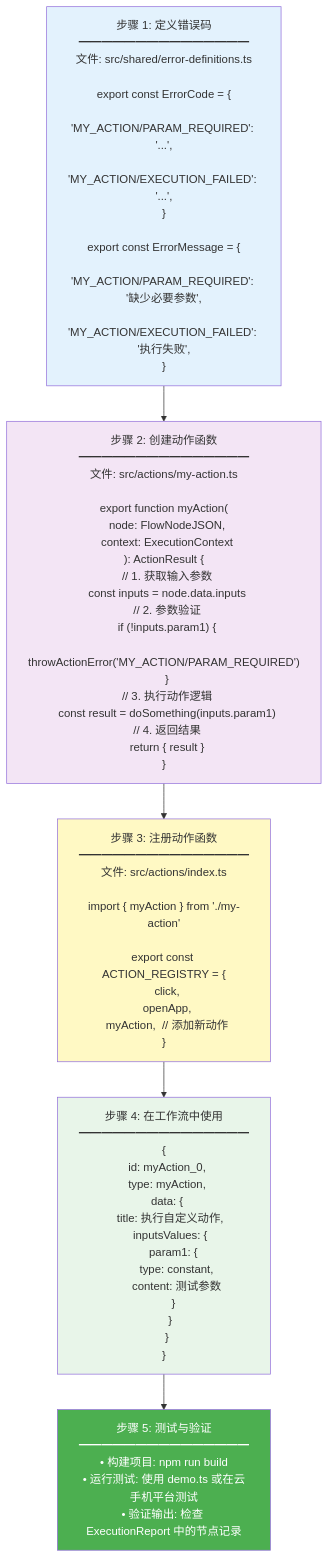
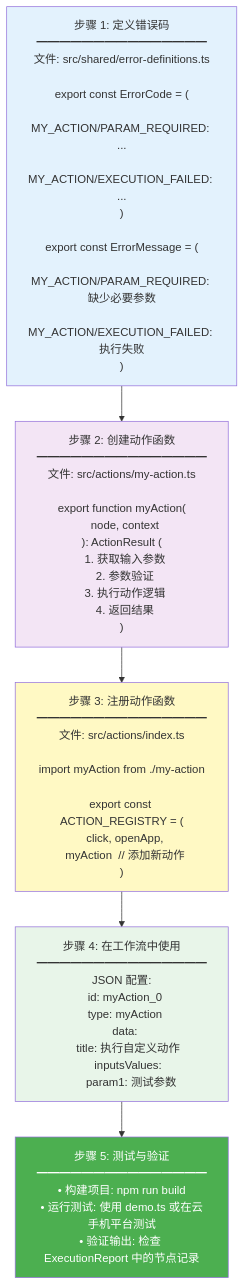
The tenth of 11 diagrams in README1.md (zhaotoday/flow), drawn with Mermaid before and after one commit. The commit also changed other lines of this file, not shown here.

````diff
--- a/README1.md
+++ b/README1.md
@@ -1329,23 +1329,23 @@
 ```mermaid
 flowchart TD
-    Step1["步骤 1: 定义错误码<br/>━━━━━━━━━━━━━━━<br/>文件: src/shared/error-definitions.ts<br/><br/>export const ErrorCode = {<br/>  'MY_ACTION/PARAM_REQUIRED': '...',<br/>  'MY_ACTION/EXECUTION_FAILED': '...',<br/>}<br/><br/>export const ErrorMessage = {<br/>  'MY_ACTION/PARAM_REQUIRED': '缺少必要参数',<br/>  'MY_ACTION/EXECUTION_FAILED': '执行失败',<br/>}"]
+    Step1["步骤 1: 定义错误码<br/>━━━━━━━━━━━━━━━<br/>文件: src/shared/error-definitions.ts<br/><br/>export const ErrorCode = (<br/>  MY_ACTION/PARAM_REQUIRED: ...<br/>  MY_ACTION/EXECUTION_FAILED: ...<br/>)<br/><br/>export const ErrorMessage = (<br/>  MY_ACTION/PARAM_REQUIRED: 缺少必要参数<br/>  MY_ACTION/EXECUTION_FAILED: 执行失败<br/>)"]
     
-    Step2["步骤 2: 创建动作函数<br/>━━━━━━━━━━━━━━━<br/>文件: src/actions/my-action.ts<br/><br/>export function myAction(<br/>  node: FlowNodeJSON,<br/>  context: ExecutionContext<br/>): ActionResult {<br/>  // 1. 获取输入参数<br/>  const inputs = node.data.inputs<br/>  // 2. 参数验证<br/>  if (!inputs.param1) {<br/>    throwActionError('MY_ACTION/PARAM_REQUIRED')<br/>  }<br/>  // 3. 执行动作逻辑<br/>  const result = doSomething(inputs.param1)<br/>  // 4. 返回结果<br/>  return { result }<br/>}"]
+    Step2["步骤 2: 创建动作函数<br/>━━━━━━━━━━━━━━━<br/>文件: src/actions/my-action.ts<br/><br/>export function myAction(<br/>  node, context<br/>): ActionResult (<br/>  1. 获取输入参数<br/>  2. 参数验证<br/>  3. 执行动作逻辑<br/>  4. 返回结果<br/>)"]
     
-    Step3["步骤 3: 注册动作函数<br/>━━━━━━━━━━━━━━━<br/>文件: src/actions/index.ts<br/><br/>import { myAction } from './my-action'<br/><br/>export const ACTION_REGISTRY = {<br/>  click,<br/>  openApp,<br/>  myAction,  // 添加新动作<br/>}"]
+    Step3["步骤 3: 注册动作函数<br/>━━━━━━━━━━━━━━━<br/>文件: src/actions/index.ts<br/><br/>import myAction from ./my-action<br/><br/>export const ACTION_REGISTRY = (<br/>  click, openApp,<br/>  myAction  // 添加新动作<br/>)"]
     
-    Step4["步骤 4: 在工作流中使用<br/>━━━━━━━━━━━━━━━<br/>{<br/>  id: myAction_0,<br/>  type: myAction,<br/>  data: {<br/>    title: 执行自定义动作,<br/>    inputsValues: {<br/>      param1: {<br/>        type: constant,<br/>        content: 测试参数<br/>      }<br/>    }<br/>  }<br/>}"]
+    Step4["步骤 4: 在工作流中使用<br/>━━━━━━━━━━━━━━━<br/>JSON 配置:<br/>  id: myAction_0<br/>  type: myAction<br/>  data:<br/>    title: 执行自定义动作<br/>    inputsValues:<br/>      param1: 测试参数"]
     
     Step5["步骤 5: 测试与验证<br/>━━━━━━━━━━━━━━━<br/>• 构建项目: npm run build<br/>• 运行测试: 使用 demo.ts 或在云手机平台测试<br/>• 验证输出: 检查 ExecutionReport 中的节点记录"]
     
     Step1 --> Step2
     Step2 --> Step3
     Step3 --> Step4
     Step4 --> Step5
     
     style Step1 fill:#e3f2fd
     style Step2 fill:#f3e5f5
     style Step3 fill:#fff9c4
     style Step4 fill:#e8f5e9
     style Step5 fill:#4caf50,color:#fff
 ```
````
